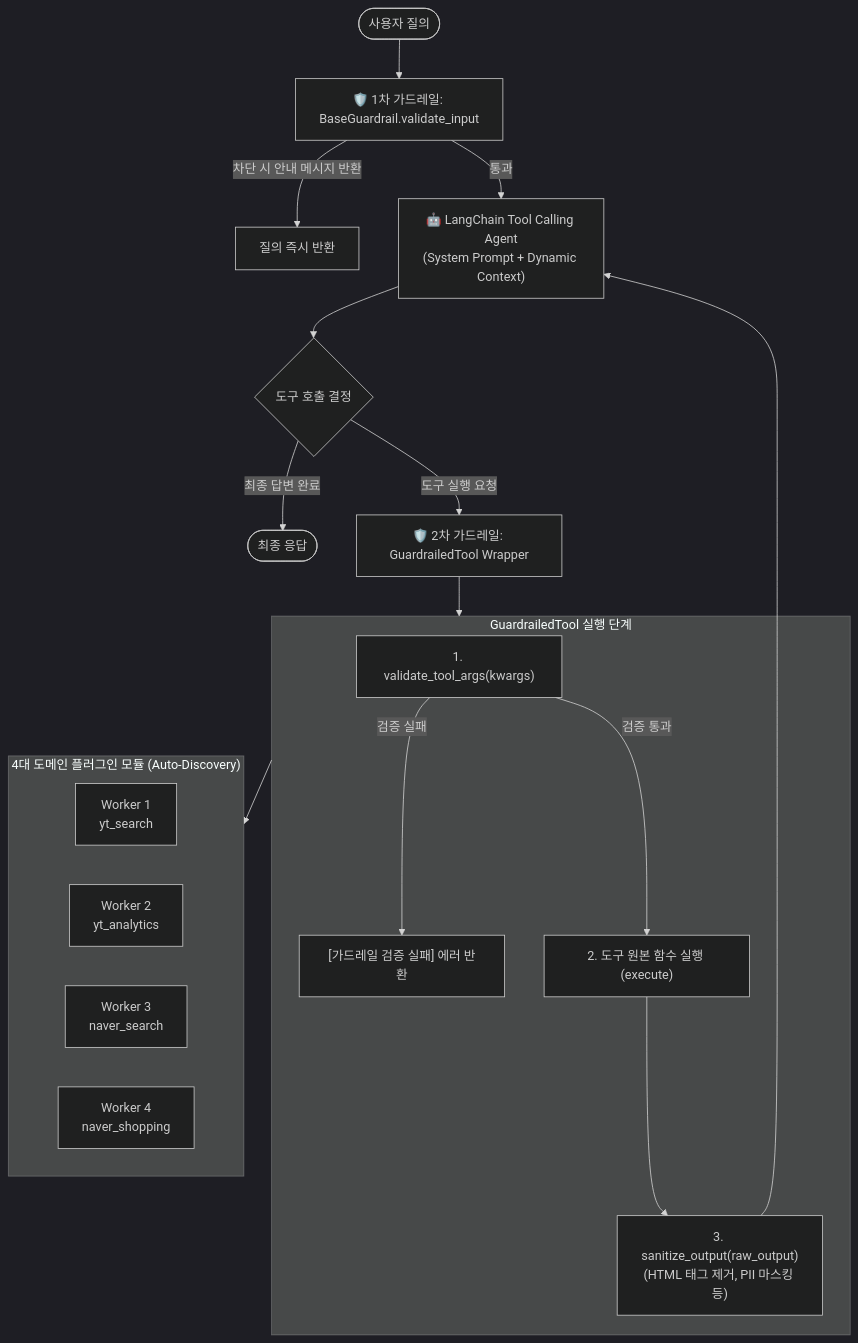
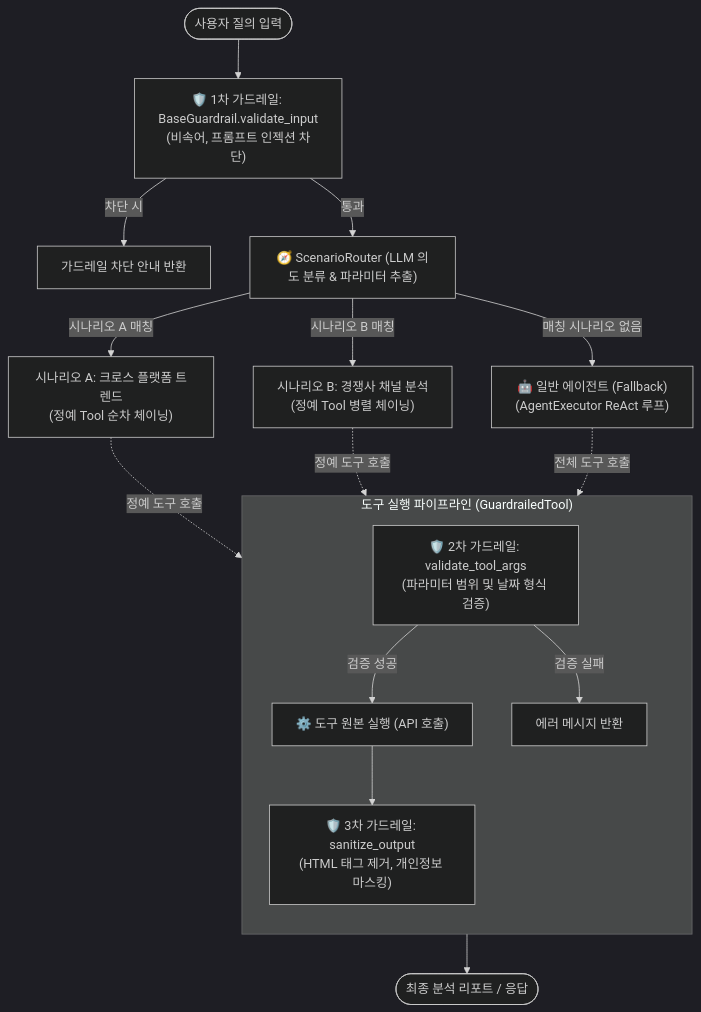
The diagram in README.md (skala-chok/chok), drawn with Mermaid (dark theme) before and after one commit. The commit also changed other lines of this file and 9 other files, not shown here.

````diff
--- a/README.md
+++ b/README.md
@@ -25,29 +29,25 @@
 ```mermaid
 flowchart TD
-    UserQuery([사용자 질의]) --> CoreGuardrail["🛡️ 1차 가드레일: BaseGuardrail.validate_input"]
-    CoreGuardrail -->|차단 시 안내 메시지 반환| BlockUser[질의 즉시 반환]
-    CoreGuardrail -->|통과| AgentRunner["🤖 LangChain Tool Calling Agent\n(System Prompt + Dynamic Context)"]
-    
-    AgentRunner --> ToolCallDecision{도구 호출 결정}
-    ToolCallDecision -->|최종 답변 완료| FinalResponse([최종 응답])
-    ToolCallDecision -->|도구 실행 요청| GuardrailedTool["🛡️ 2차 가드레일: GuardrailedTool Wrapper"]
-    
-    subgraph GuardrailedToolWrapper ["GuardrailedTool 실행 단계"]
-        Step1["1. validate_tool_args(kwargs)"] -->|검증 실패| ArgError["[가드레일 검증 실패] 에러 반환"]
-        Step1 -->|검증 통과| Step2["2. 도구 원본 함수 실행 (execute)"]
-        Step2 --> Step3["3. sanitize_output(raw_output)\n(HTML 태그 제거, PII 마스킹 등)"]
+    UserQuery([사용자 질의 입력]) --> CoreGuardrail["🛡️ 1차 가드레일: BaseGuardrail.validate_input\n(비속어, 프롬프트 인젝션 차단)"]
+    CoreGuardrail -->|차단 시| BlockResponse[가드레일 차단 안내 반환]
+    CoreGuardrail -->|통과| Router["🧭 ScenarioRouter (LLM 의도 분류 & 파라미터 추출)"]
+
+    Router -->|시나리오 A 매칭| ScenA["시나리오 A: 크로스 플랫폼 트렌드\n(정예 Tool 순차 체이닝)"]
+    Router -->|시나리오 B 매칭| ScenB["시나리오 B: 경쟁사 채널 분석\n(정예 Tool 병렬 체이닝)"]
+    Router -->|매칭 시나리오 없음| FallbackAgent["🤖 일반 에이전트 (Fallback)\n(AgentExecutor ReAct 루프)"]
+
+    subgraph ToolExecutionPipeline ["도구 실행 파이프라인 (GuardrailedTool)"]
+        direction TB
+        ArgCheck["🛡️ 2차 가드레일: validate_tool_args\n(파라미터 범위 및 날짜 형식 검증)"]
+        ToolCall["⚙️ 도구 원본 실행 (API 호출)"]
+        Sanitize["🛡️ 3차 가드레일: sanitize_output\n(HTML 태그 제거, 개인정보 마스킹)"]
+        ArgCheck -->|검증 성공| ToolCall --> Sanitize
+        ArgCheck -->|검증 실패| ArgFail["에러 메시지 반환"]
     end
 
-    GuardrailedTool --> GuardrailedToolWrapper
-    GuardrailedToolWrapper --> Modules
+    ScenA -.->|정예 도구 호출| ToolExecutionPipeline
+    ScenB -.->|정예 도구 호출| ToolExecutionPipeline
+    FallbackAgent -.->|전체 도구 호출| ToolExecutionPipeline
 
-    subgraph Modules ["4대 도메인 플러그인 모듈 (Auto-Discovery)"]
-        direction LR
-        W1["Worker 1\nyt_search"]
-        W2["Worker 2\nyt_analytics"]
-        W3["Worker 3\nnaver_search"]
-        W4["Worker 4\nnaver_shopping"]
-    end
-
-    Step3 --> AgentRunner
+    Sanitize --> FinalResult([최종 분석 리포트 / 응답])
 ```
````
